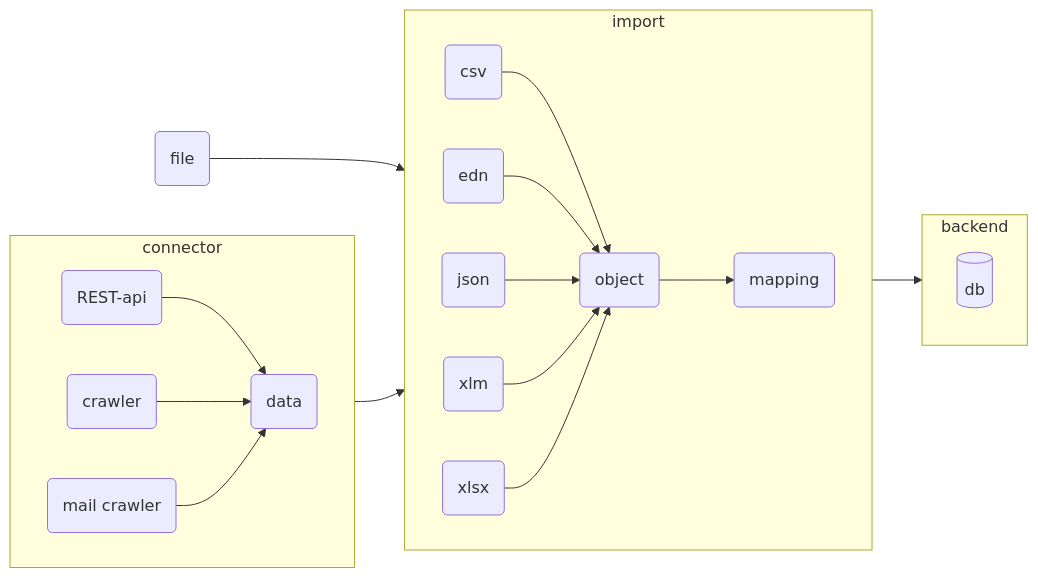
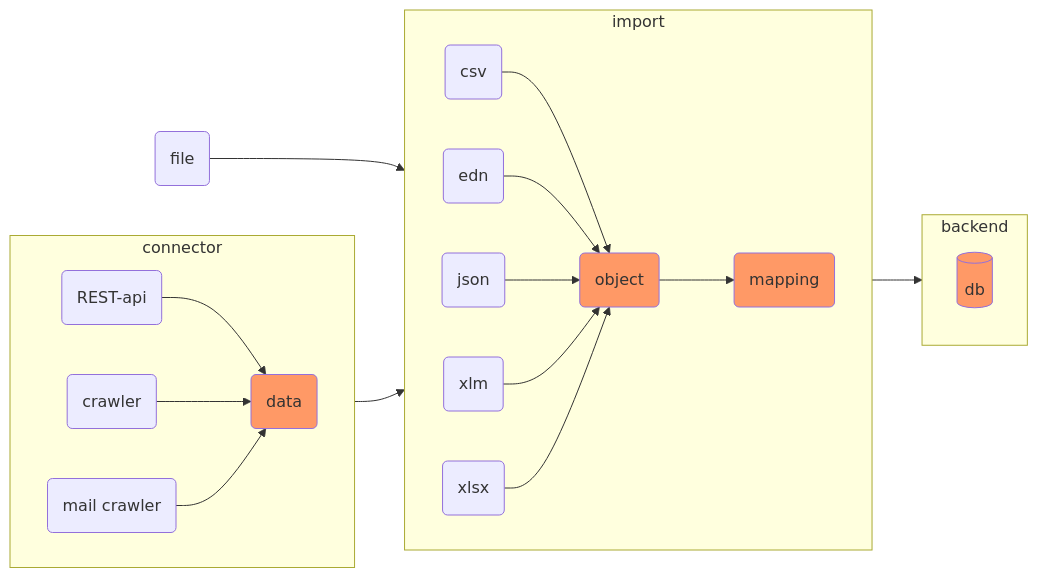
One commit to internet4refugees/beherbergung changed the second of 2 diagrams in architecture.md. Above: the diagram before and after it, drawn with Mermaid. The commit also changed other lines of this file, not shown here.

````diff
--- a/architecture.md
+++ b/architecture.md
@@ -16,25 +21,25 @@
 ```mermaid
 flowchart LR;
+    classDef focus fill:#f96;
     subgraph connector
         direction LR
         c_a(REST-api) --> d 
         c_c(crawler)--> d
-        c_m(mail crawler) --> d
-        d(data)
+        c_m(mail crawler) --> d(data):::focus
     end
     subgraph import
         direction LR
-        c(csv) --> o(object)
+        c(csv) --> o(object):::focus
         e(edn) --> o
         j(json) --> o
         xlm(xlm) --> o
         xlsx(xlsx) --> o
-        o --> I(mapping)
+        o --> I(mapping):::focus
     end
     subgraph backend
-        db[(db)] 
+         db[(db)]:::focus 
     end
         c_f(file) --> import
     connector --> import
     import --> backend
 ```
````
